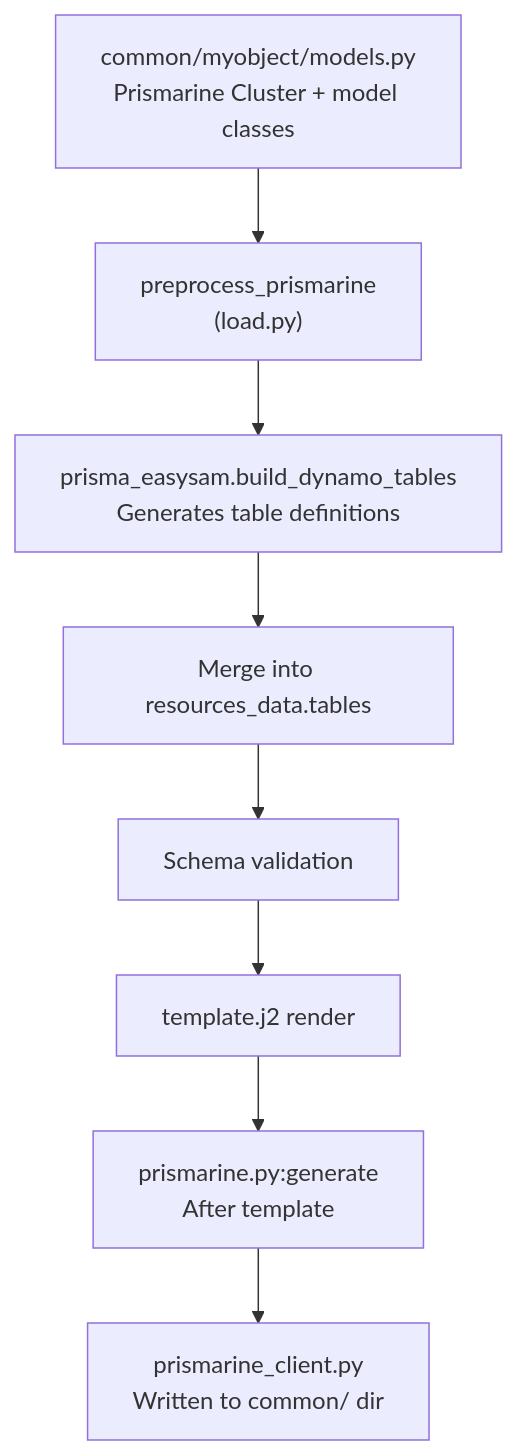
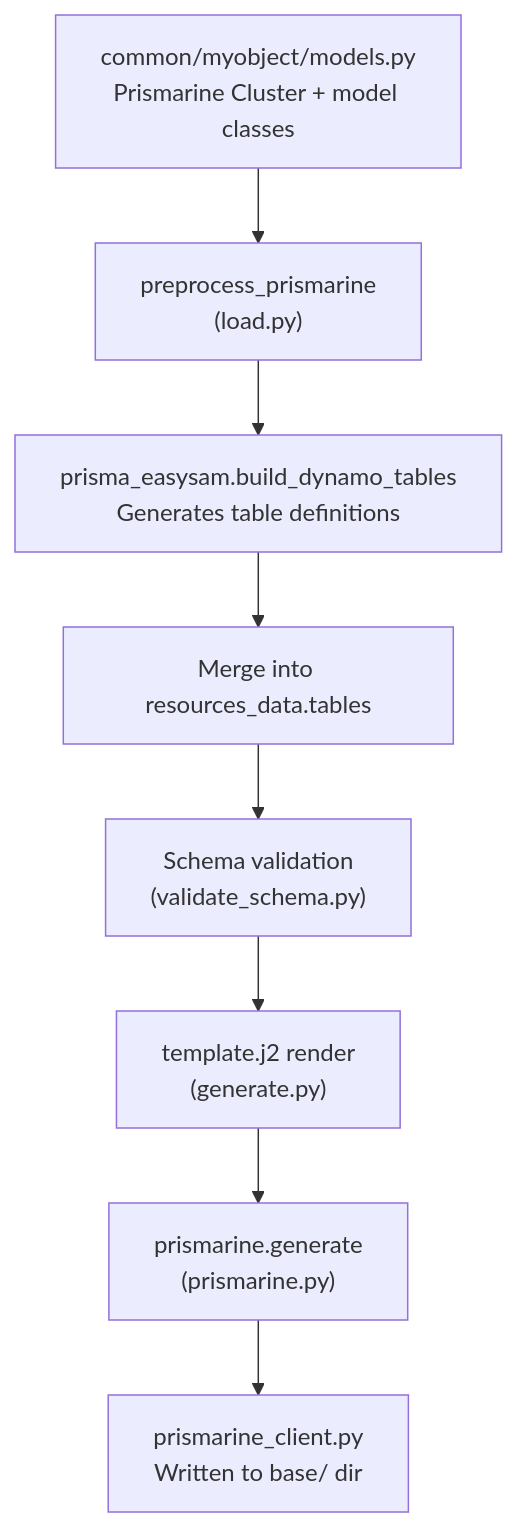
The diagram in openwiki/domain/prismarine.md (scartill/easysam), drawn with Mermaid before and after one commit. The commit also changed other lines of this file and 33 other files, not shown here.

````diff
--- a/openwiki/domain/prismarine.md
+++ b/openwiki/domain/prismarine.md
@@ -16,10 +47,10 @@
 ```mermaid
 flowchart TD
     MODELS["common/myobject/models.py\nPrismarine Cluster + model classes"] --> PREPROC["preprocess_prismarine\n(load.py)"]
     PREPROC --> DTABLES["prisma_easysam.build_dynamo_tables\nGenerates table definitions"]
     DTABLES --> MERGE["Merge into resources_data.tables"]
-    MERGE --> VALID["Schema validation"]
-    VALID --> TEMPL["template.j2 render"]
-    TEMPL --> CLIENT["prismarine.py:generate\nAfter template"]
-    CLIENT --> PCODE["prismarine_client.py\nWritten to common/ dir"]
+    MERGE --> VALID["Schema validation\n(validate_schema.py)"]
+    VALID --> TEMPL["template.j2 render\n(generate.py)"]
+    TEMPL --> CLIENT["prismarine.generate\n(prismarine.py)"]
+    CLIENT --> PCODE["prismarine_client.py\nWritten to base/ dir"]
 ```
````
